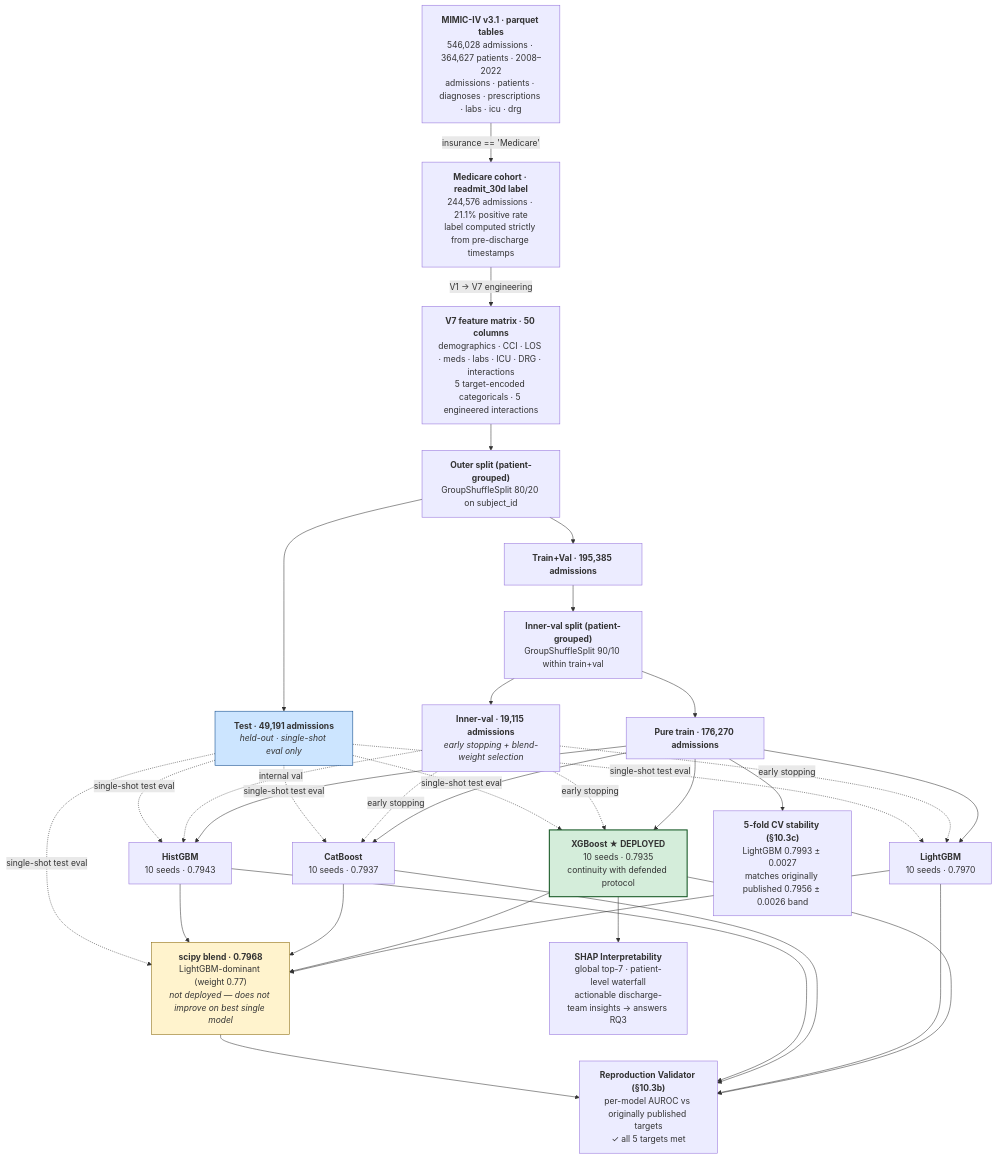
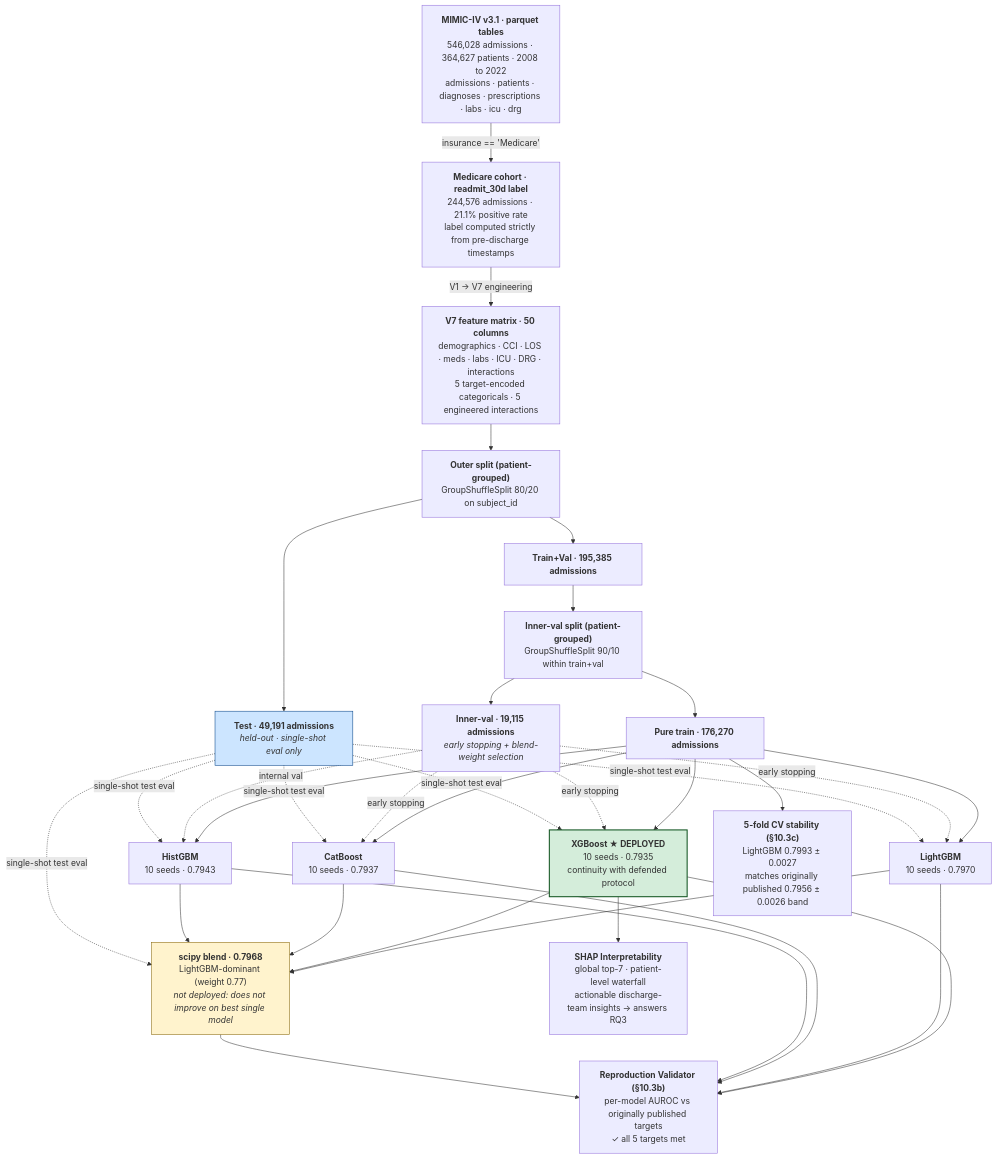
Before and after one commit to thiagobandeira1/Medicare-30day-Readmission-MIMIC-IV: the diagram in README.md, drawn with Mermaid. The commit also changed other lines of this file and 17 other files, not shown here.

````diff
--- a/README.md
+++ b/README.md
@@ -171,59 +200,59 @@
 ```mermaid
 flowchart TD
-    A["<b>MIMIC-IV v3.1 · parquet tables</b><br/>546,028 admissions · 364,627 patients · 2008–2022<br/>admissions · patients · diagnoses · prescriptions · labs · icu · drg"]
+    A["<b>MIMIC-IV v3.1 · parquet tables</b><br/>546,028 admissions · 364,627 patients · 2008 to 2022<br/>admissions · patients · diagnoses · prescriptions · labs · icu · drg"]
     B["<b>Medicare cohort · readmit_30d label</b><br/>244,576 admissions · 21.1% positive rate<br/>label computed strictly from pre-discharge timestamps"]
     C["<b>V7 feature matrix · 50 columns</b><br/>demographics · CCI · LOS · meds · labs · ICU · DRG · interactions<br/>5 target-encoded categoricals · 5 engineered interactions"]
     D["<b>Outer split (patient-grouped)</b><br/>GroupShuffleSplit 80/20 on subject_id"]
     E["<b>Train+Val · 195,385 admissions</b>"]
     F["<b>Test · 49,191 admissions</b><br/><i>held-out · single-shot eval only</i>"]
     G["<b>Inner-val split (patient-grouped)</b><br/>GroupShuffleSplit 90/10 within train+val"]
     H["<b>Pure train · 176,270 admissions</b>"]
     I["<b>Inner-val · 19,115 admissions</b><br/><i>early stopping + blend-weight selection</i>"]
     L["<b>LightGBM</b><br/>10 seeds · 0.7970"]
     X["<b>XGBoost ★ DEPLOYED</b><br/>10 seeds · 0.7935<br/>continuity with defended protocol"]
     C2["<b>CatBoost</b><br/>10 seeds · 0.7937"]
     HG["<b>HistGBM</b><br/>10 seeds · 0.7943"]
-    BL["<b>scipy blend · 0.7968</b><br/>LightGBM-dominant (weight 0.77)<br/><i>not deployed — does not improve on best single model</i>"]
+    BL["<b>scipy blend · 0.7968</b><br/>LightGBM-dominant (weight 0.77)<br/><i>not deployed: does not improve on best single model</i>"]
     SHAP["<b>SHAP Interpretability</b><br/>global top-7 · patient-level waterfall<br/>actionable discharge-team insights → answers RQ3"]
     VAL["<b>Reproduction Validator (§10.3b)</b><br/>per-model AUROC vs originally published targets<br/>✓ all 5 targets met"]
     CV["<b>5-fold CV stability (§10.3c)</b><br/>LightGBM 0.7993 ± 0.0027<br/>matches originally published 0.7956 ± 0.0026 band"]
 
     A -- "insurance == 'Medicare'" --> B
     B -- "V1 → V7 engineering" --> C
     C --> D
     D --> E
     D --> F
     E --> G
     G --> H
     G --> I
     H --> L
     H --> X
     H --> C2
     H --> HG
     I -.early stopping.-> L
     I -.early stopping.-> X
     I -.early stopping.-> C2
     I -.internal val.-> HG
     L --> BL
     X --> BL
     C2 --> BL
     HG --> BL
     F -. single-shot test eval .-> X
     F -. single-shot test eval .-> L
     F -. single-shot test eval .-> C2
     F -. single-shot test eval .-> HG
     F -. single-shot test eval .-> BL
     X --> SHAP
     X --> VAL
     L --> VAL
     C2 --> VAL
     HG --> VAL
     BL --> VAL
     H --> CV
     classDef deployed fill:#d4edda,stroke:#155724,stroke-width:2px;
     classDef ceiling fill:#fff3cd,stroke:#856404;
     classDef test fill:#cce5ff,stroke:#004085;
     class X deployed;
     class BL ceiling;
     class F test;
 ```
````
